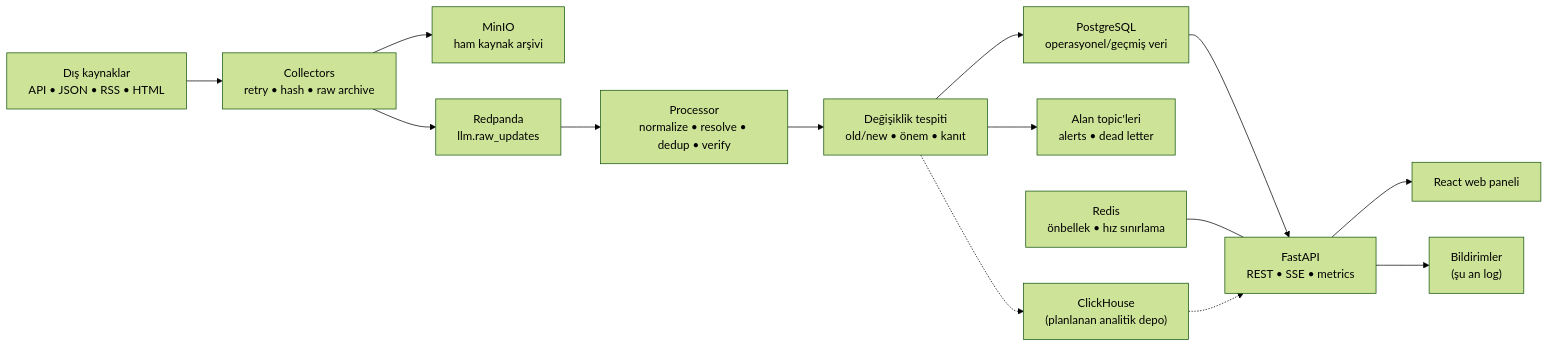
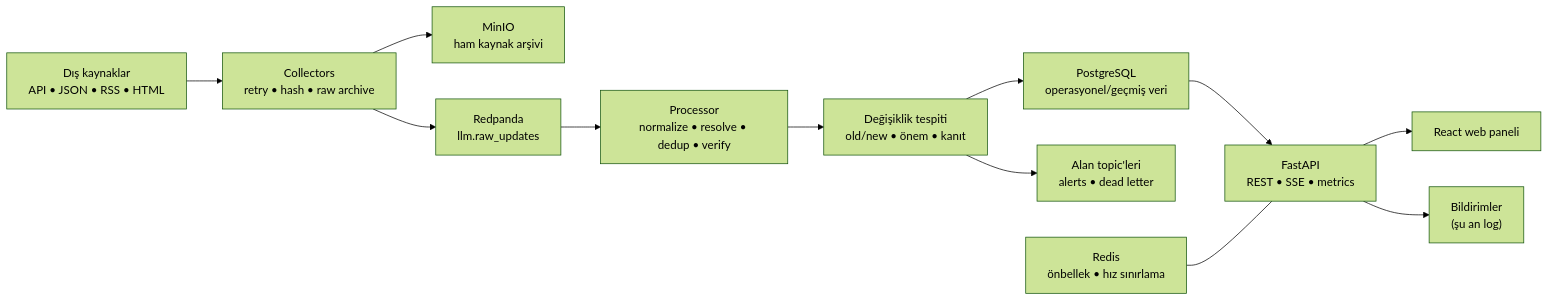
The diagram in README.md (byznrdincer/llm-radar), drawn with Mermaid (forest theme) before and after one commit. The commit also changed other lines of this file and 3 other files, not shown here.

````diff
--- a/README.md
+++ b/README.md
@@ -47,16 +46,14 @@
 ```mermaid
 flowchart LR
     S["Dış kaynaklar<br/>API • JSON • RSS • HTML"] --> C["Collectors<br/>retry • hash • raw archive"]
     C --> M["MinIO<br/>ham kaynak arşivi"]
     C --> K["Redpanda<br/>llm.raw_updates"]
     K --> P["Processor<br/>normalize • resolve • dedup • verify"]
     P --> D["Değişiklik tespiti<br/>old/new • önem • kanıt"]
     D --> PG["PostgreSQL<br/>operasyonel/geçmiş veri"]
     D --> T["Alan topic'leri<br/>alerts • dead letter"]
     PG --> API["FastAPI<br/>REST • SSE • metrics"]
     R["Redis<br/>önbellek • hız sınırlama"] --- API
     API --> W["React web paneli"]
     API --> N["Bildirimler<br/>(şu an log)"]
-    D -.-> CH["ClickHouse<br/>(planlanan analitik depo)"]
-    CH -.-> API
 ```
````
